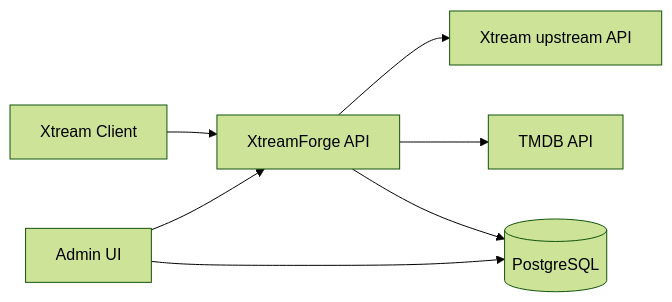
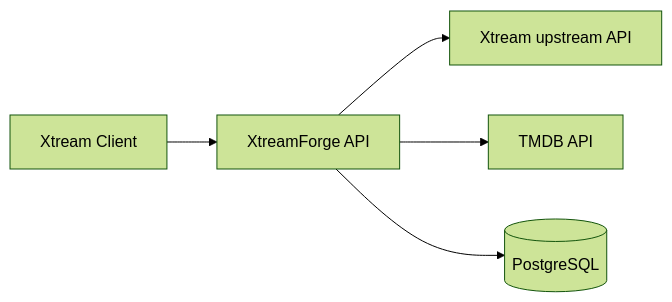
One commit to fred2u/XtreamForge changed the diagram in README.md. Above: the diagram before and after it, drawn with Mermaid (forest theme). The commit also changed other lines of this file and 33 other files, not shown here.

````diff
--- a/README.md
+++ b/README.md
@@ -22,9 +21,7 @@
 ```mermaid
 flowchart LR
     Client[Xtream Client] --> Api[XtreamForge API]
-    Admin[Admin UI] --> Api
     Api --> Upstream[Xtream upstream API]
     Api --> Tmdb[TMDB API]
     Api --> Db[(PostgreSQL)]
-    Admin --> Db
 ```
````
